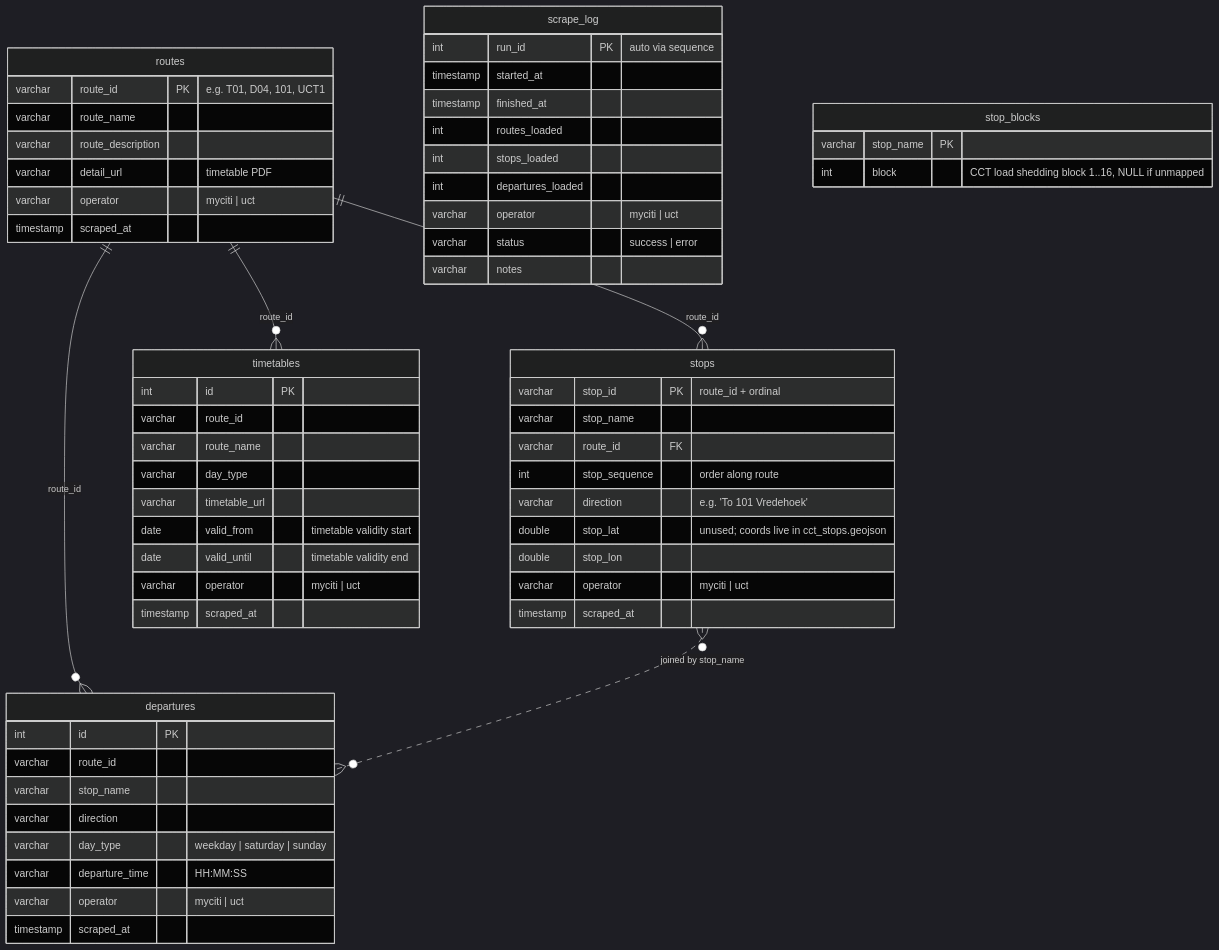
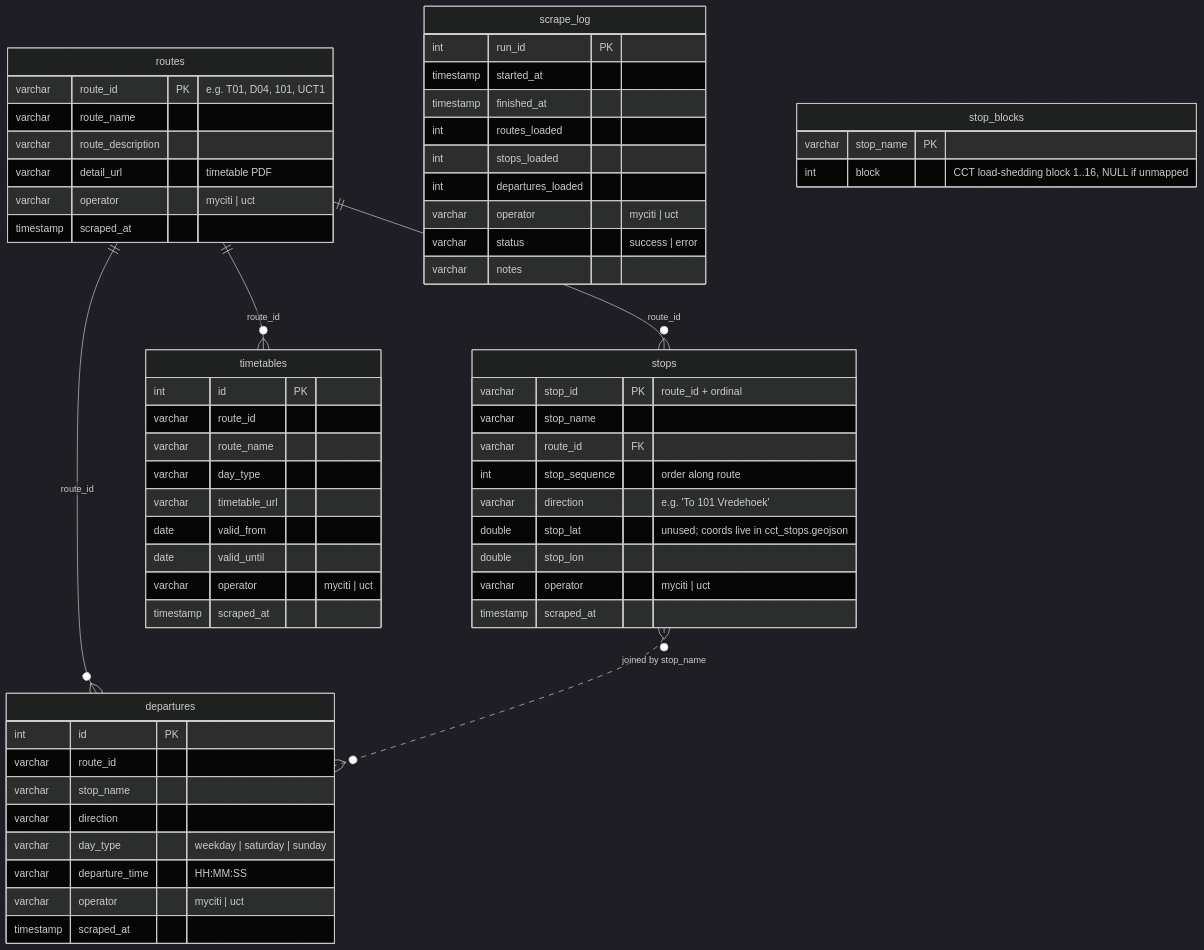
Before and after one commit to Vambane/mycity-bus-schedule: the diagram in README.md, drawn with Mermaid (dark theme). The commit also changed other lines of this file and 1 other file, not shown here.

````diff
--- a/README.md
+++ b/README.md
@@ -175,63 +121,63 @@
 ```mermaid
 erDiagram
     routes ||--o{ stops : "route_id"
     routes ||--o{ departures : "route_id"
     routes ||--o{ timetables : "route_id"
     stops }o..o{ departures : "joined by stop_name"
 
     routes {
         varchar route_id PK "e.g. T01, D04, 101, UCT1"
         varchar route_name
         varchar route_description
         varchar detail_url "timetable PDF"
         varchar operator "myciti | uct"
         timestamp scraped_at
     }
     stops {
         varchar stop_id PK "route_id + ordinal"
         varchar stop_name
         varchar route_id FK
         int stop_sequence "order along route"
         varchar direction "e.g. 'To 101 Vredehoek'"
         double stop_lat "unused; coords live in cct_stops.geojson"
         double stop_lon
         varchar operator "myciti | uct"
         timestamp scraped_at
     }
     departures {
         int id PK
         varchar route_id
         varchar stop_name
         varchar direction
         varchar day_type "weekday | saturday | sunday"
         varchar departure_time "HH:MM:SS"
         varchar operator "myciti | uct"
         timestamp scraped_at
     }
     timetables {
         int id PK
         varchar route_id
         varchar route_name
         varchar day_type
         varchar timetable_url
-        date valid_from "timetable validity start"
-        date valid_until "timetable validity end"
+        date valid_from
+        date valid_until
         varchar operator "myciti | uct"
         timestamp scraped_at
     }
     scrape_log {
-        int run_id PK "auto via sequence"
+        int run_id PK
         timestamp started_at
         timestamp finished_at
         int routes_loaded
         int stops_loaded
         int departures_loaded
         varchar operator "myciti | uct"
         varchar status "success | error"
         varchar notes
     }
     stop_blocks {
         varchar stop_name PK
-        int block "CCT load shedding block 1..16, NULL if unmapped"
+        int block "CCT load-shedding block 1..16, NULL if unmapped"
     }
 ```
````
